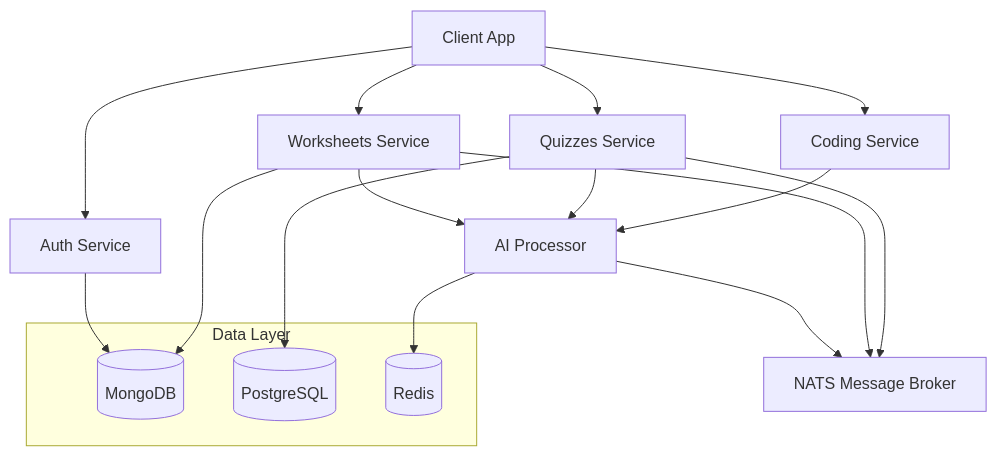
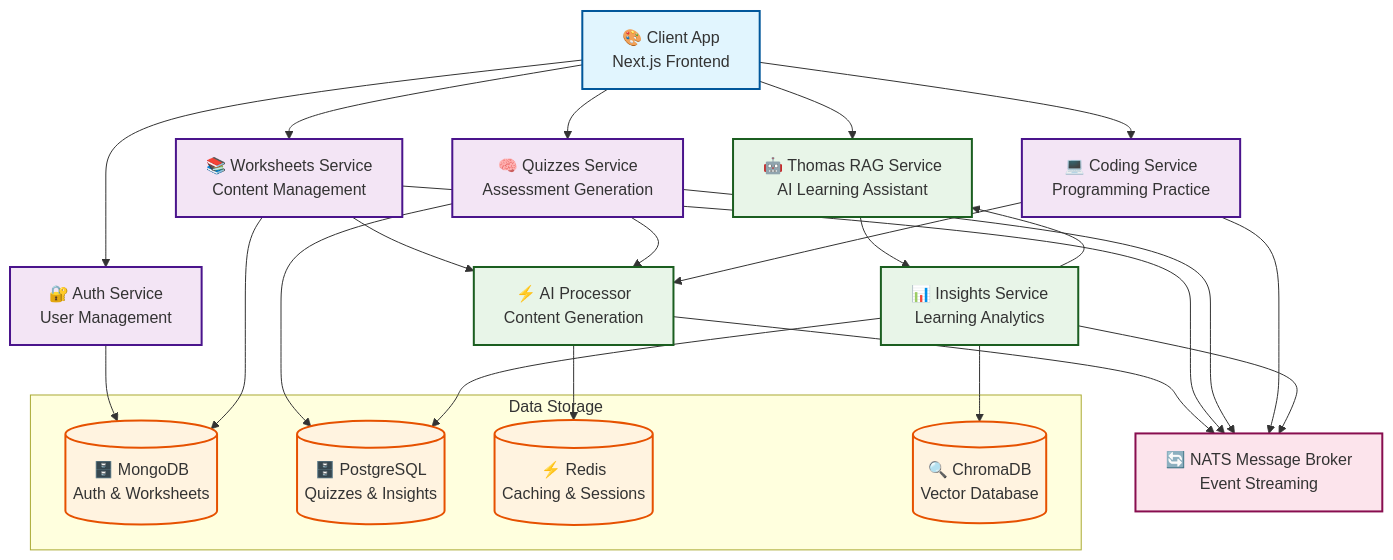
One commit to liran-mazor/worksheeter changed the first of 2 diagrams in README.md. Above: the diagram before and after it, drawn with Mermaid. The commit also changed other lines of this file, not shown here.

Commit message:
new readme

````diff
--- a/README.md
+++ b/README.md
@@ -33,26 +36,71 @@
 ```mermaid
 graph TB
-    Client[Client App] --> Auth[Auth Service]
-    Client --> Worksheets[Worksheets Service]
-    Client --> Quizzes[Quizzes Service]
-    Client --> Coding[Coding Service]
+    %% Frontend Layer
+    Client[🎨 Client App<br/>Next.js Frontend]
     
-    Worksheets --> AI[AI Processor]
+    %% Core Services
+    Auth[🔐 Auth Service<br/>User Management]
+    Worksheets[📚 Worksheets Service<br/>Content Management]
+    Quizzes[🧠 Quizzes Service<br/>Assessment Generation]
+    Coding[💻 Coding Service<br/>Programming Practice]
+    Thomas[🤖 Thomas RAG Service<br/>AI Learning Assistant]
+    
+    %% AI & Processing
+    AI[⚡ AI Processor<br/>Content Generation]
+    Insights[📊 Insights Service<br/>Learning Analytics]
+    
+    %% Message Broker
+    NATS[🔄 NATS Message Broker<br/>Event Streaming]
+    
+    %% Data Layer
+    subgraph "Data Storage"
+        MongoDB[(🗄️ MongoDB<br/>Auth & Worksheets)]
+        Postgres[(🗄️ PostgreSQL<br/>Quizzes & Insights)]
+        Redis[(⚡ Redis<br/>Caching & Sessions)]
+        Chroma[(🔍 ChromaDB<br/>Vector Database)]
+    end
+    
+    %% Client Connections
+    Client --> Auth
+    Client --> Worksheets
+    Client --> Quizzes
+    Client --> Coding
+    Client --> Thomas
+    
+    %% Service to AI Processor
+    Worksheets --> AI
     Quizzes --> AI
     Coding --> AI
     
-    AI --> NATS[NATS Message Broker]
+    %% Event-Driven Communication
+    AI --> NATS
     Worksheets --> NATS
     Quizzes --> NATS
+    Coding --> NATS
+    Insights --> NATS
     
-    subgraph "Data Layer"
-        MongoDB[(MongoDB)]
-        Postgres[(PostgreSQL)]
-        Redis[(Redis)]
-    end
-    
+    %% Data Connections
     Auth --> MongoDB
     Worksheets --> MongoDB
     Quizzes --> Postgres
+    Insights --> Postgres
+    Insights --> Chroma
     AI --> Redis
+    
+    %% Thomas RAG Process
+    Thomas --> Insights
+    Insights --> Thomas
+    
+    %% Styling
+    classDef frontend fill:#e1f5fe,stroke:#01579b,stroke-width:2px
+    classDef service fill:#f3e5f5,stroke:#4a148c,stroke-width:2px
+    classDef ai fill:#e8f5e8,stroke:#1b5e20,stroke-width:2px
+    classDef data fill:#fff3e0,stroke:#e65100,stroke-width:2px
+    classDef broker fill:#fce4ec,stroke:#880e4f,stroke-width:2px
+    
+    class Client frontend
+    class Auth,Worksheets,Quizzes,Coding service
+    class AI,Thomas,Insights ai
+    class MongoDB,Postgres,Redis,Chroma data
+    class NATS broker
 ```
````
